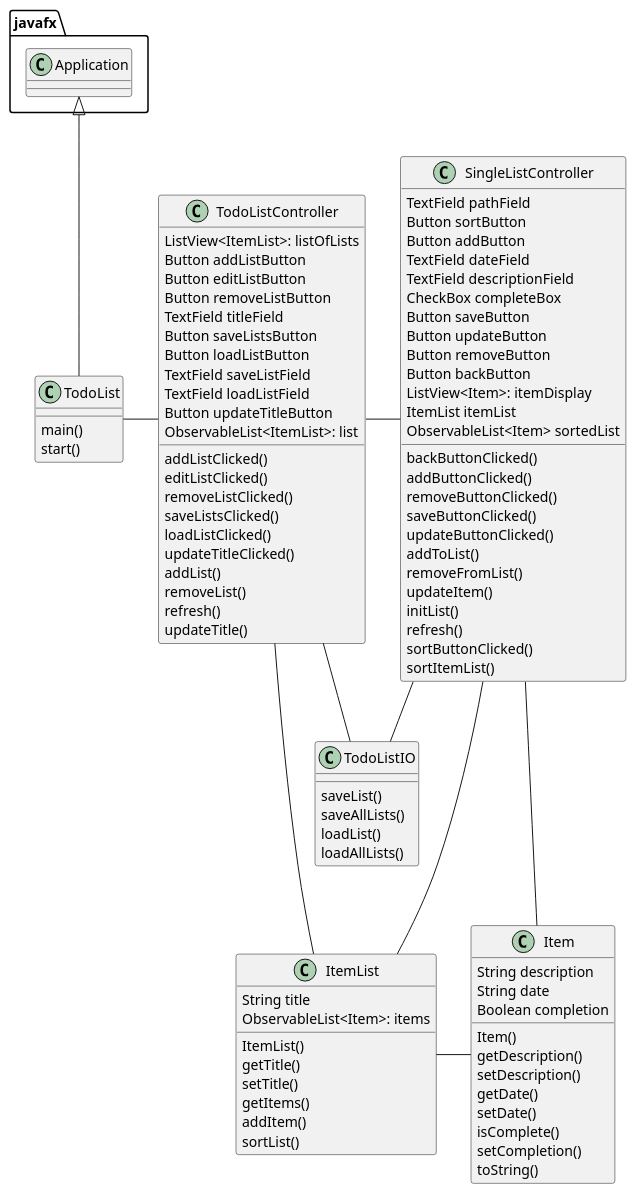
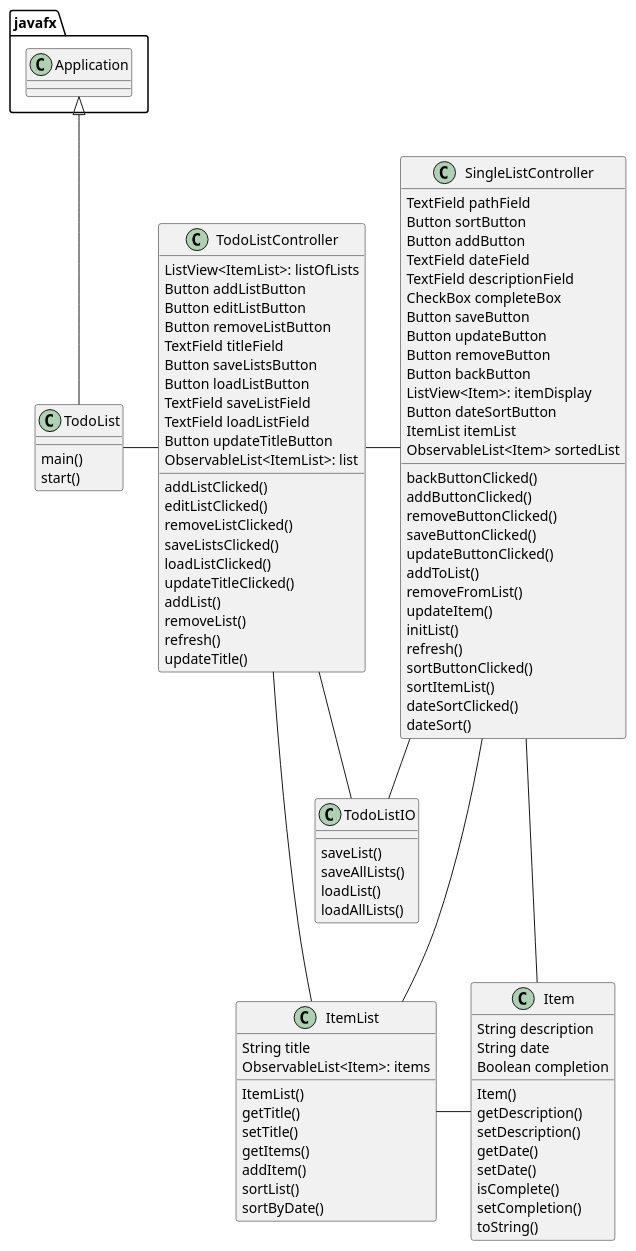
Before and after one commit to rharding8/harding-cop3330-assignment4: the diagram in uml/TodoList.puml, drawn with PlantUML. The commit also changed 3 other files, not shown here.

```diff
--- a/uml/TodoList.puml
+++ b/uml/TodoList.puml
@@ -1,103 +1,107 @@
 @startuml
 'https://plantuml.com/class-diagram
 
 class TodoList {
     main()
     start()
 }
 
 class TodoListController {
     ListView<ItemList>: listOfLists
     Button addListButton
     Button editListButton
     Button removeListButton
     TextField titleField
     Button saveListsButton
     Button loadListButton
     TextField saveListField
     TextField loadListField
     Button updateTitleButton
     ObservableList<ItemList>: list
     addListClicked()
     editListClicked()
     removeListClicked()
     saveListsClicked()
     loadListClicked()
     updateTitleClicked()
     addList()
     removeList()
     refresh()
     updateTitle()
 }
 
 class SingleListController {
     TextField pathField
     Button sortButton
     Button addButton
     TextField dateField
     TextField descriptionField
     CheckBox completeBox
     Button saveButton
     Button updateButton
     Button removeButton
     Button backButton
     ListView<Item>: itemDisplay
+    Button dateSortButton
     ItemList itemList
     ObservableList<Item> sortedList
     backButtonClicked()
     addButtonClicked()
     removeButtonClicked()
     saveButtonClicked()
     updateButtonClicked()
     addToList()
     removeFromList()
     updateItem()
     initList()
     refresh()
     sortButtonClicked()
     sortItemList()
+    dateSortClicked()
+    dateSort()
 }
 
 class Item {
     String description
     String date
     Boolean completion
     Item()
     getDescription()
     setDescription()
     getDate()
     setDate()
     isComplete()
     setCompletion()
     toString()
 }
 
 class ItemList {
     String title
     ObservableList<Item>: items
     ItemList()
     getTitle()
     setTitle()
     getItems()
     addItem()
     sortList()
+    sortByDate()
 }
 
 class TodoListIO {
     saveList()
     saveAllLists()
     loadList()
     loadAllLists()
 }
 
 javafx.Application <|-- TodoList
 TodoList - TodoListController
 TodoListController - SingleListController
 TodoListController -- ItemList
 TodoListController -- TodoListIO
 SingleListController --- ItemList
 SingleListController - Item
 SingleListController - TodoListIO
 ItemList - Item
 
 @enduml
```
